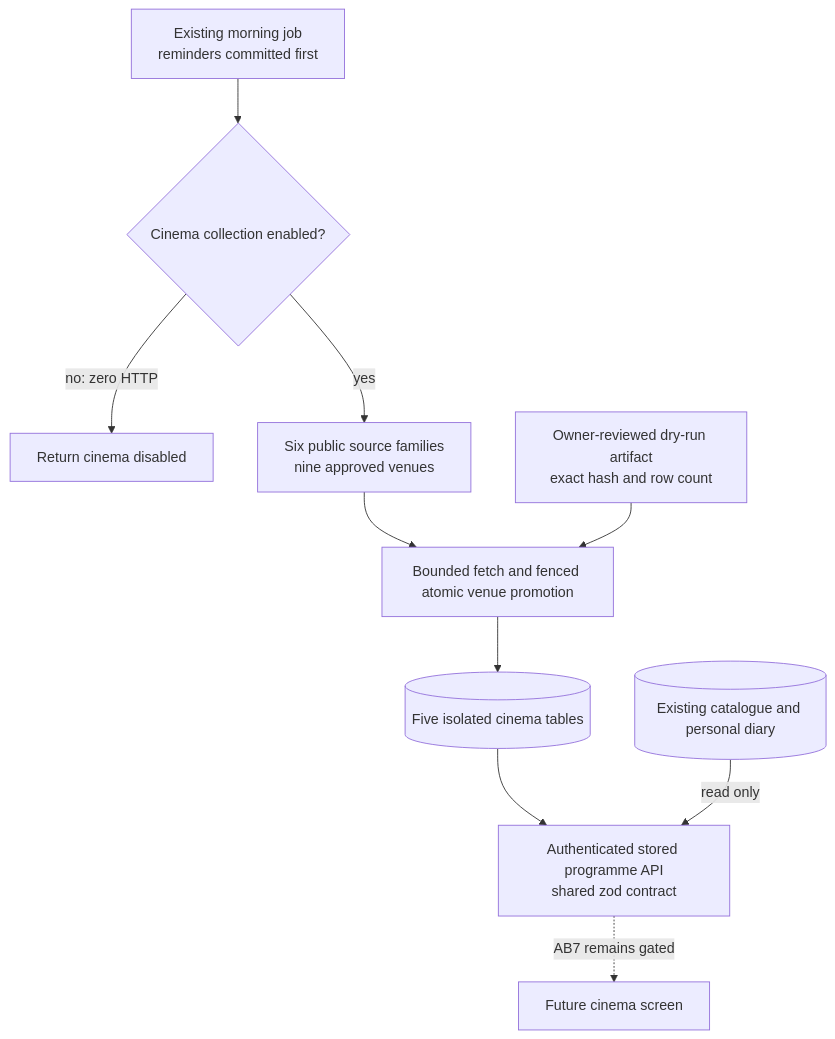
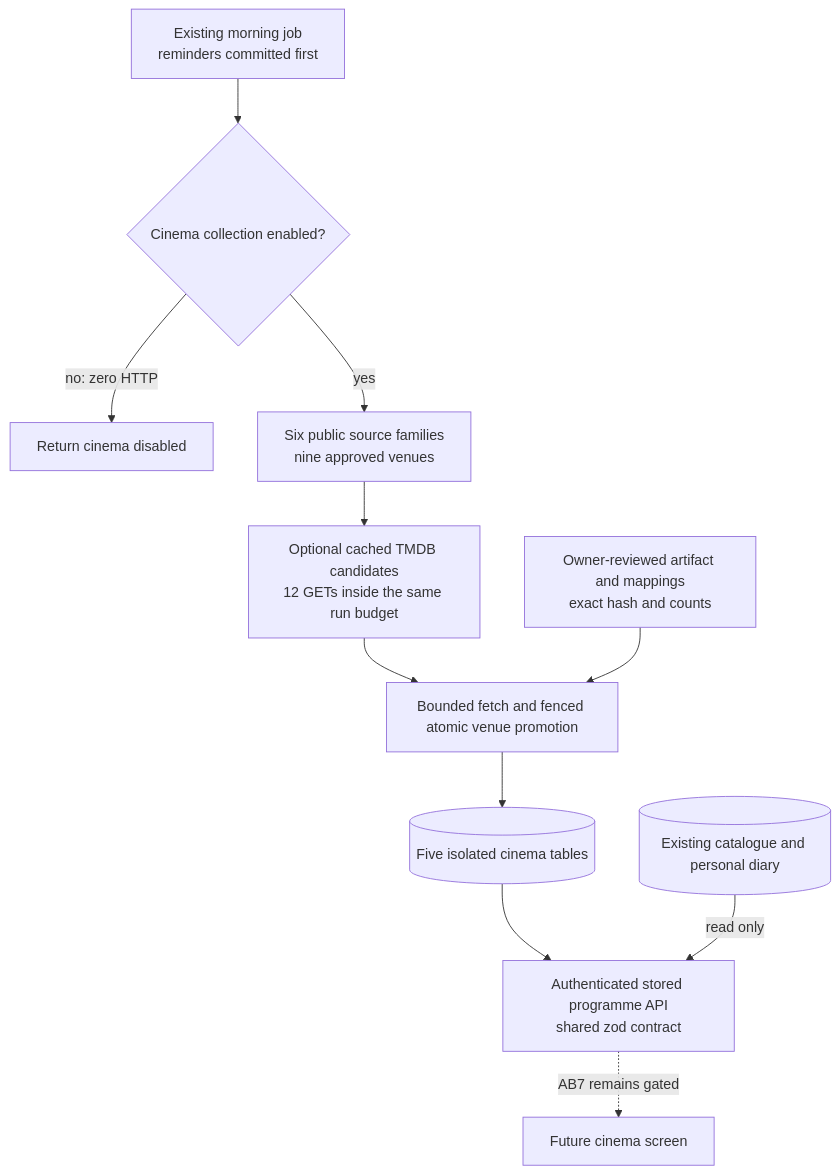
The second of 16 diagrams in docs/architecture-map.md (CraigR973/mcu-app), drawn with Mermaid before and after one commit. The commit also changed other lines of this file and 21 other files, not shown here.

Commit message:
feat(cinemas): add bounded metadata and reviewed identity mappings

````diff
--- a/docs/architecture-map.md
+++ b/docs/architecture-map.md
@@ -20,12 +20,13 @@
 ```mermaid
 flowchart TB
     Reminder[Existing morning job<br/>reminders committed first] --> Disabled{Cinema collection enabled?}
     Disabled -- no: zero HTTP --> Stop[Return cinema disabled]
     Disabled -- yes --> Public[Six public source families<br/>nine approved venues]
-    Public --> Fence[Bounded fetch and fenced atomic venue promotion]
-    Review[Owner-reviewed dry-run artifact<br/>exact hash and row count] --> Fence
+    Public --> Metadata[Optional cached TMDB candidates<br/>12 GETs inside the same run budget]
+    Metadata --> Fence[Bounded fetch and fenced atomic venue promotion]
+    Review[Owner-reviewed artifact and mappings<br/>exact hash and counts] --> Fence
     Fence --> Cinema[(Five isolated cinema tables)]
     Cinema --> Read[Authenticated stored programme API<br/>shared zod contract]
     Catalogue[(Existing catalogue and personal diary)] -- read only --> Read
     Read -. AB7 remains gated .-> Discovery[Future cinema screen]
 ```
````
